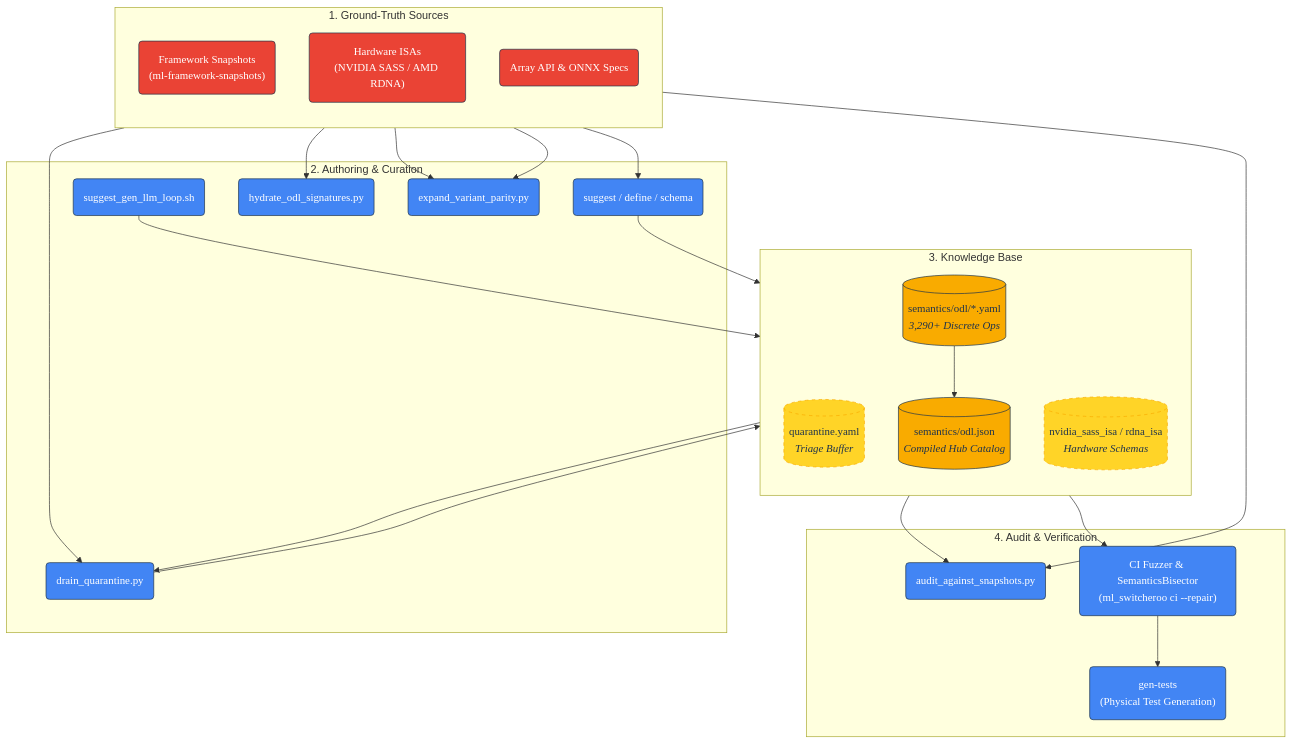
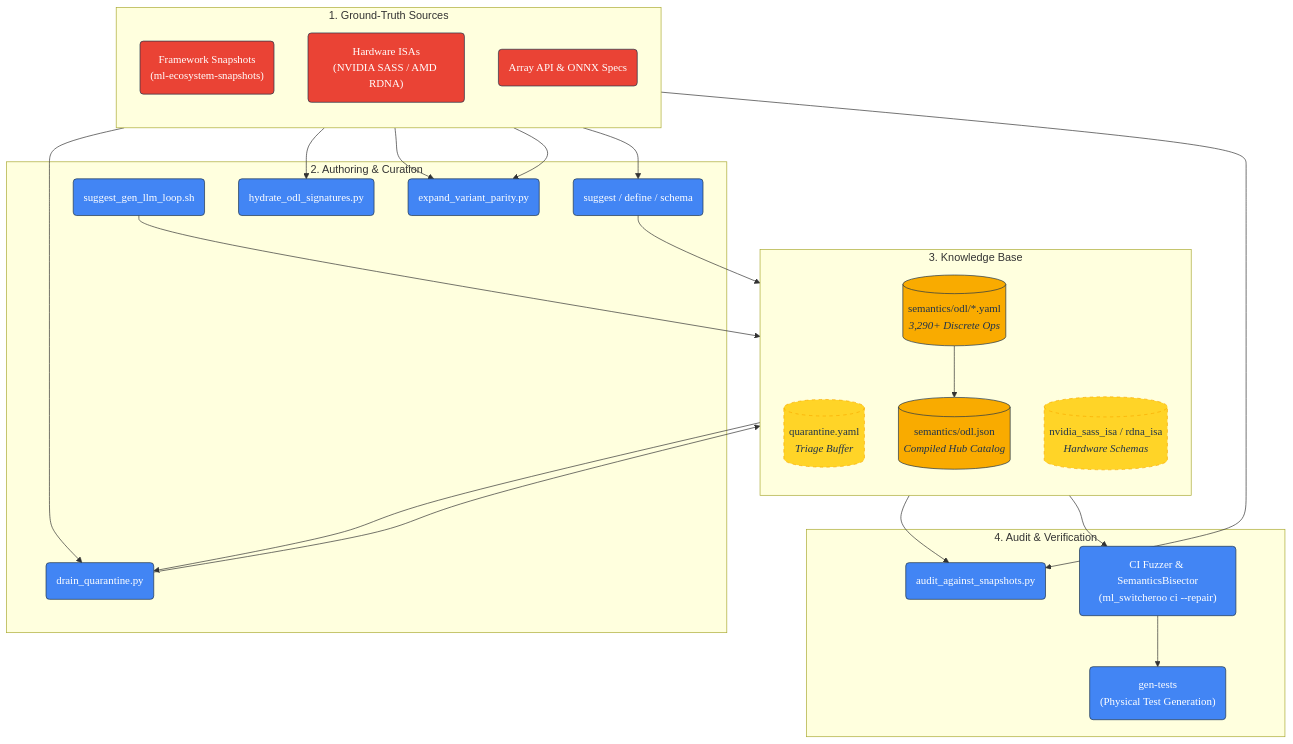
Before and after one commit to SamuelMarks/ml-switcheroo: the diagram in MAINTENANCE.md, drawn with Mermaid. The commit also changed 29 other files, not shown here.

````diff
--- a/MAINTENANCE.md
+++ b/MAINTENANCE.md
@@ -19,55 +19,55 @@
 ```mermaid
 graph TD
     %% --- STYLE DEFINITIONS ---
     classDef default font-family:'Google Sans Normal',color:#20344b,stroke:#20344b;
     classDef external fill:#ea4335,stroke:#20344b,color:#ffffff,rx:5px,font-family:'Google Sans Medium';
     classDef hub fill:#f9ab00,stroke:#20344b,color:#20344b,rx:5px,font-family:'Google Sans Medium';
     classDef spoke fill:#ffd427,stroke:#f9ab00,stroke-dasharray:5,5,color:#20344b,rx:5px,font-family:'Google Sans Medium';
     classDef action fill:#4285f4,stroke:#20344b,color:#ffffff,rx:5px,font-family:'Google Sans Medium';
 
     subgraph Sources ["1. Ground-Truth Sources"]
         direction TB
-        SNAPSHOTS("Framework Snapshots<br/>(ml-framework-snapshots)"):::external
+        SNAPSHOTS("Framework Snapshots<br/>(ml-ecosystem-snapshots)"):::external
         HARDWARE("Hardware ISAs<br/>(NVIDIA SASS / AMD RDNA)"):::external
         STANDARDS("Array API & ONNX Specs"):::external
     end
 
     subgraph Curation ["2. Authoring & Curation"]
         SUGGEST("suggest / define / schema"):::action
         LLM_LOOP("suggest_gen_llm_loop.sh"):::action
         DRAIN("drain_quarantine.py"):::action
         HYDRATE("hydrate_odl_signatures.py"):::action
         PARITY("expand_variant_parity.py"):::action
     end
 
     subgraph Storage ["3. Knowledge Base"]
         direction TB
         QUARANTINE[("quarantine.yaml<br/><i>Triage Buffer</i>")]:::spoke
         ODL_YAMLS[("semantics/odl/*.yaml<br/><i>3,290+ Discrete Ops</i>")]:::hub
         CATALOG[("semantics/odl.json<br/><i>Compiled Hub Catalog</i>")]:::hub
         ISA_SPECS[("nvidia_sass_isa / rdna_isa<br/><i>Hardware Schemas</i>")]:::spoke
     end
 
     subgraph Verify ["4. Audit & Verification"]
         AUDIT("audit_against_snapshots.py"):::action
         CI("CI Fuzzer & SemanticsBisector<br/>(ml_switcheroo ci --repair)"):::action
         TESTS("gen-tests<br/>(Physical Test Generation)"):::action
     end
 
     SNAPSHOTS --> DRAIN
     SNAPSHOTS --> HYDRATE
     SNAPSHOTS --> PARITY
     HARDWARE --> PARITY
     STANDARDS --> SUGGEST
 
     SUGGEST --> ODL_YAMLS
     LLM_LOOP --> ODL_YAMLS
     QUARANTINE --> DRAIN
     DRAIN --> ODL_YAMLS
     ODL_YAMLS --> CATALOG
 
     CATALOG --> AUDIT
     SNAPSHOTS --> AUDIT
     CATALOG --> CI
     CI --> TESTS
 ```
````
